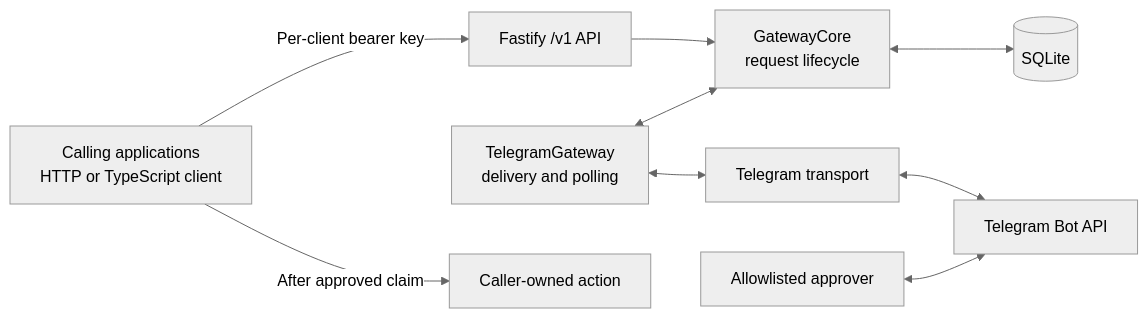
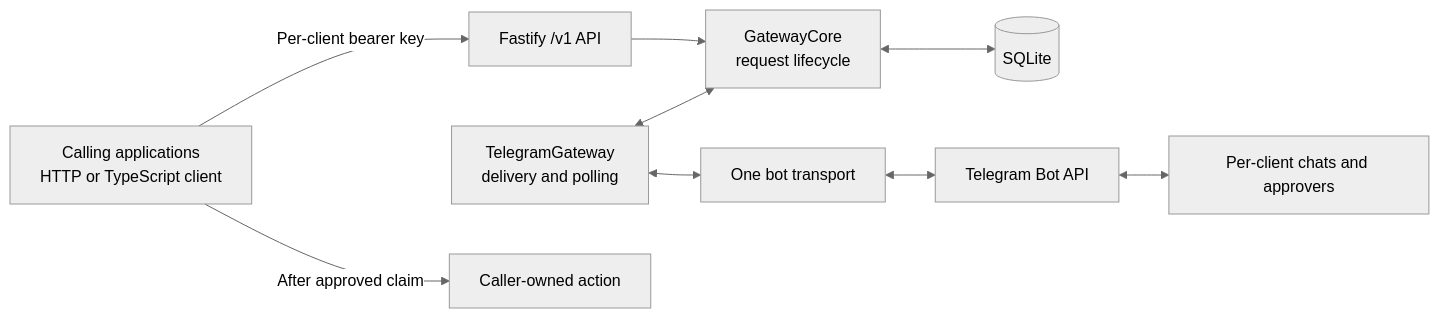
One commit to ahmetomerv/JaGate changed the diagram in docs/ARCHITECTURE.md. Above: the diagram before and after it, drawn with Mermaid (neutral theme). The commit also changed other lines of this file and 20 other files, not shown here.

First line of the commit message:
feat: route each client to its own Telegram chat and approvers

````diff
--- a/docs/ARCHITECTURE.md
+++ b/docs/ARCHITECTURE.md
@@ -5,11 +5,11 @@
 ```mermaid
 flowchart LR
     Caller[Calling applications<br/>HTTP or TypeScript client] -->|Per-client bearer key| API[Fastify /v1 API]
     API --> Core[GatewayCore<br/>request lifecycle]
     Core <--> DB[(SQLite)]
     Worker[TelegramGateway<br/>delivery and polling] <--> Core
-    Worker <--> Transport[Telegram transport]
+    Worker <--> Transport[One bot transport]
     Transport <--> Telegram[Telegram Bot API]
-    Approver[Allowlisted approver] <--> Telegram
+    Telegram <--> Chats[Per-client chats and approvers]
     Caller -->|After approved claim| Action[Caller-owned action]
 ```
````
